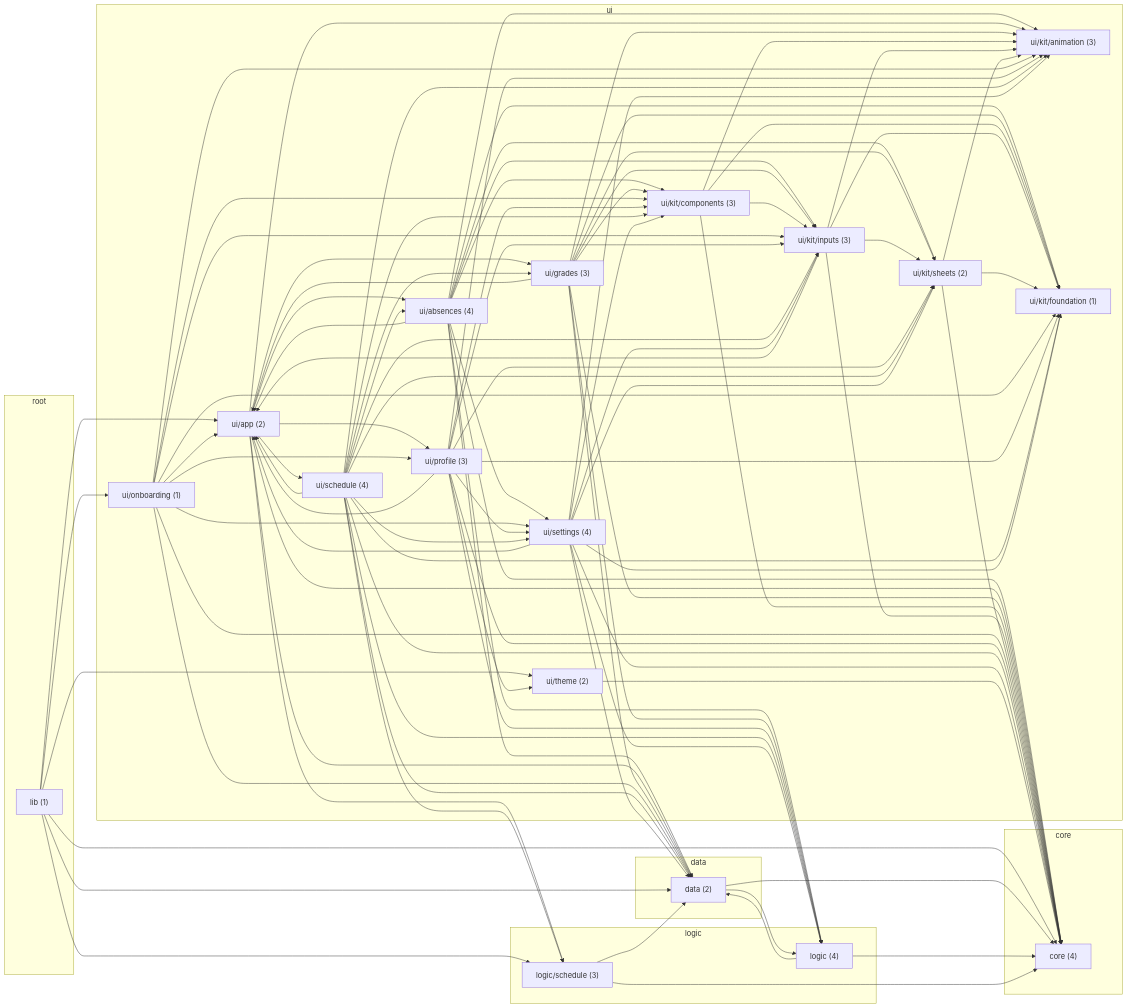
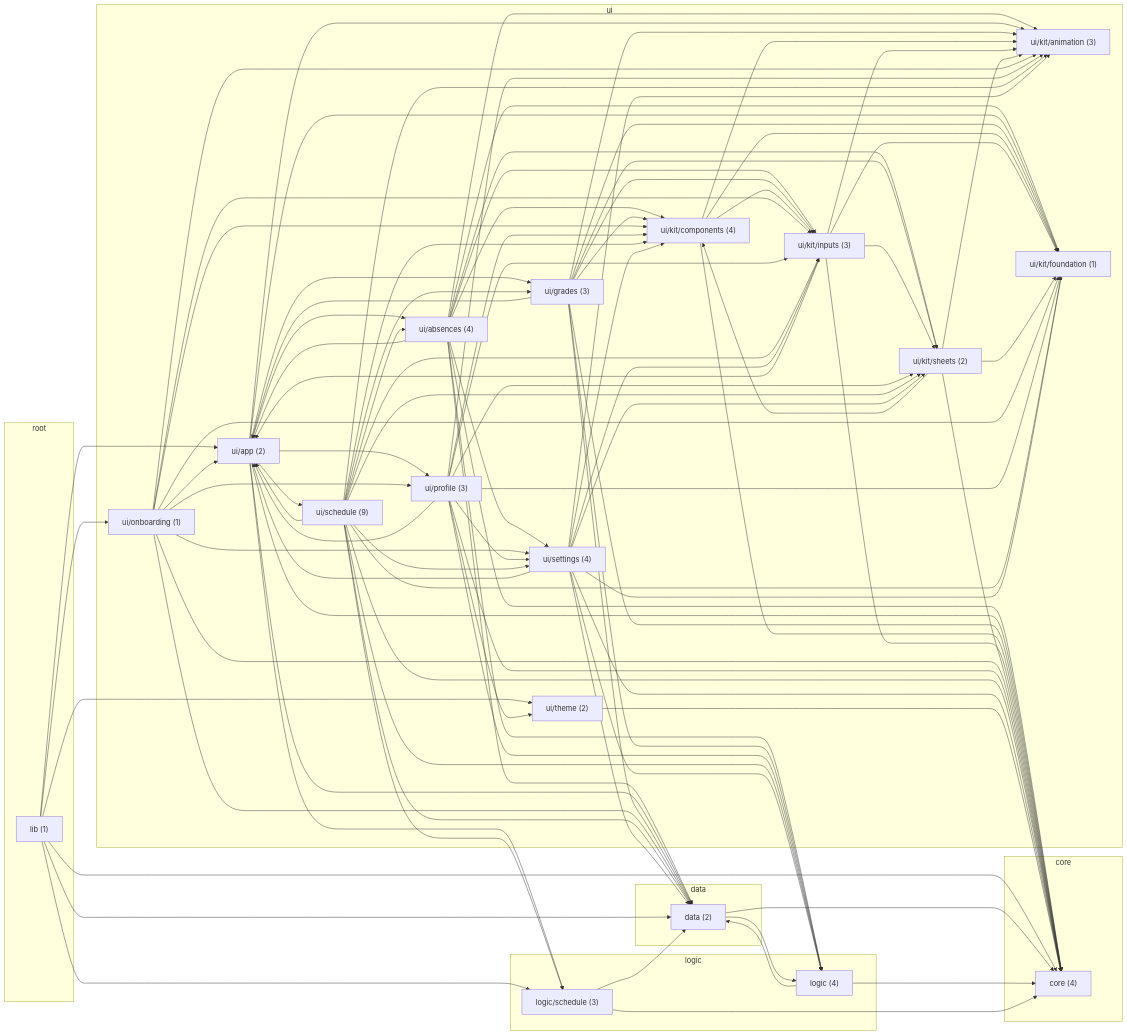
The diagram in docs/GRAPH.md (eugggeneee/journal), drawn with Mermaid before and after one commit. The commit also changed other lines of this file and 26 other files, not shown here.

```diff
--- a/docs/GRAPH.md
+++ b/docs/GRAPH.md
@@ -33,13 +33,13 @@
     lib_ui_app["ui/app (2)"]
     lib_ui_grades["ui/grades (3)"]
     lib_ui_kit_animation["ui/kit/animation (3)"]
-    lib_ui_kit_components["ui/kit/components (3)"]
+    lib_ui_kit_components["ui/kit/components (4)"]
     lib_ui_kit_foundation["ui/kit/foundation (1)"]
     lib_ui_kit_inputs["ui/kit/inputs (3)"]
     lib_ui_kit_sheets["ui/kit/sheets (2)"]
     lib_ui_onboarding["ui/onboarding (1)"]
     lib_ui_profile["ui/profile (3)"]
-    lib_ui_schedule["ui/schedule (4)"]
+    lib_ui_schedule["ui/schedule (9)"]
     lib_ui_settings["ui/settings (4)"]
     lib_ui_theme["ui/theme (2)"]
   end
@@ -71,6 +71,7 @@
   lib_ui_app --> lib_ui_absences
   lib_ui_app --> lib_ui_grades
   lib_ui_app --> lib_ui_kit_animation
+  lib_ui_app --> lib_ui_kit_foundation
   lib_ui_app --> lib_ui_profile
   lib_ui_app --> lib_ui_schedule
   lib_ui_grades --> lib_core
@@ -93,6 +94,7 @@
   lib_ui_kit_inputs --> lib_ui_kit_sheets
   lib_ui_kit_sheets --> lib_core
   lib_ui_kit_sheets --> lib_ui_kit_animation
+  lib_ui_kit_sheets --> lib_ui_kit_components
   lib_ui_kit_sheets --> lib_ui_kit_foundation
   lib_ui_onboarding --> lib_core
   lib_ui_onboarding --> lib_data
```
